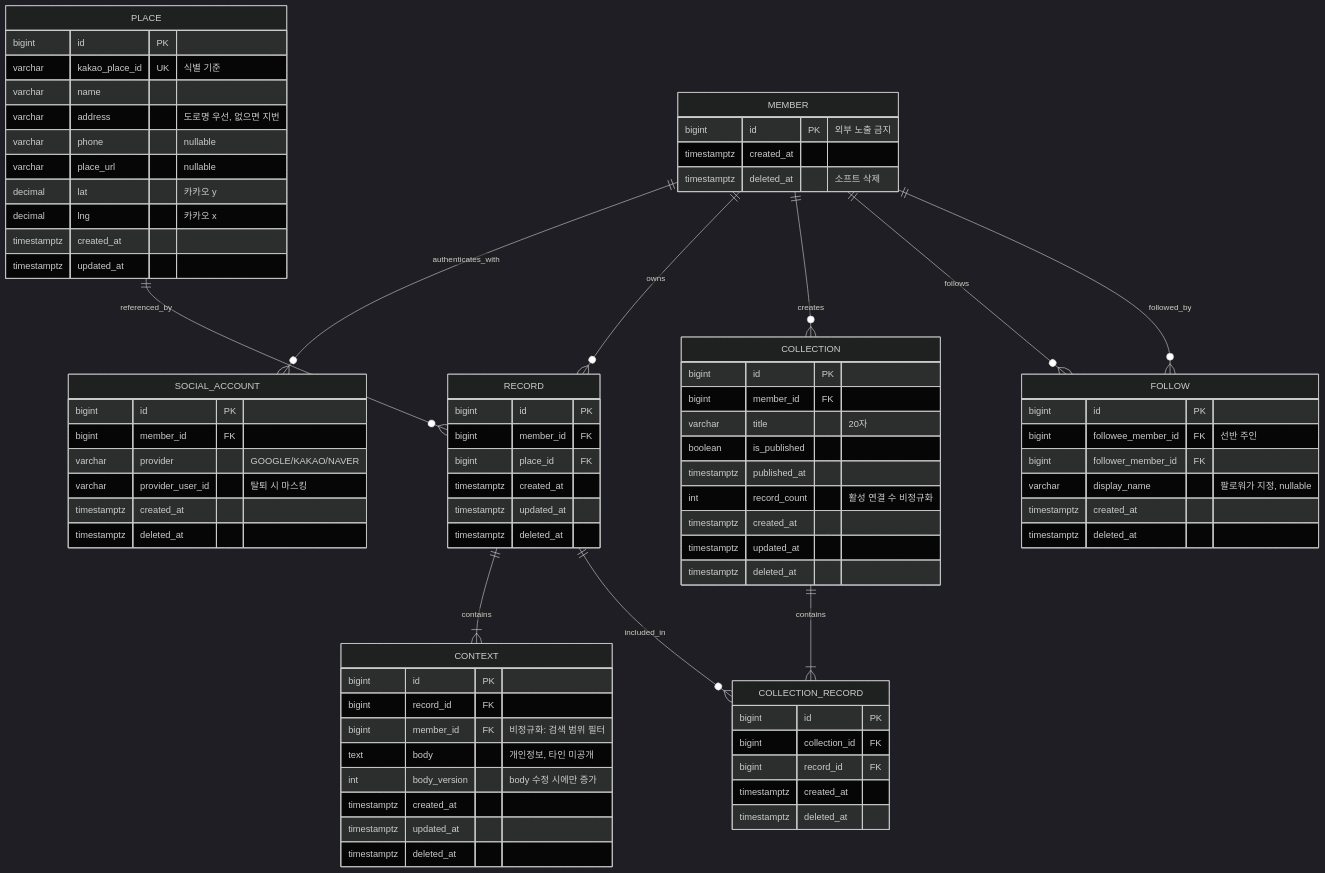
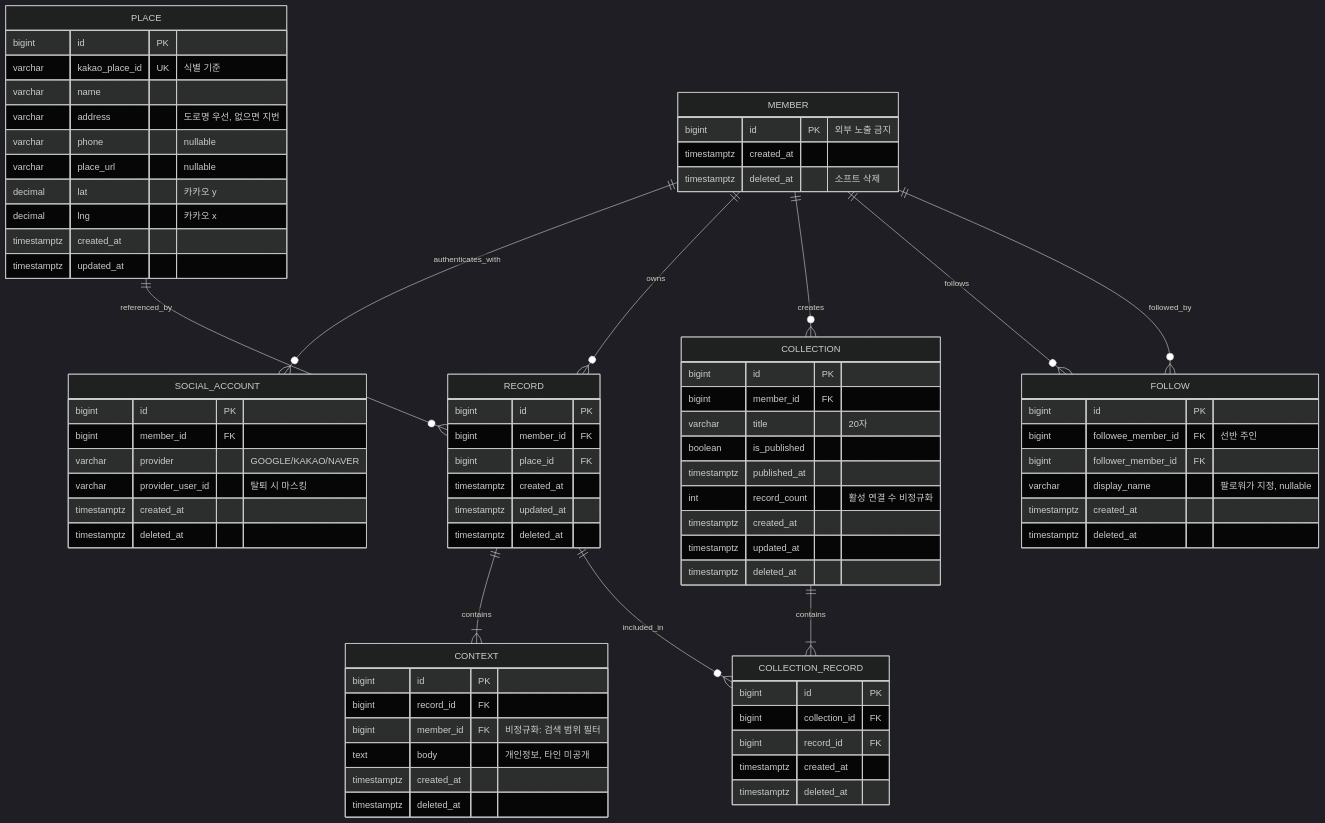
The first of 2 diagrams in draft/07_ERD.md (Team-PinLog/docs), drawn with Mermaid (dark theme) before and after one commit. The commit also changed other lines of this file and 1 other file, not shown here.

```diff
--- a/draft/07_ERD.md
+++ b/draft/07_ERD.md
@@ -60,9 +60,7 @@
         bigint record_id FK
         bigint member_id FK "비정규화: 검색 범위 필터"
         text body "개인정보, 타인 미공개"
-        int body_version "body 수정 시에만 증가"
         timestamptz created_at
-        timestamptz updated_at
         timestamptz deleted_at
     }
 
```
